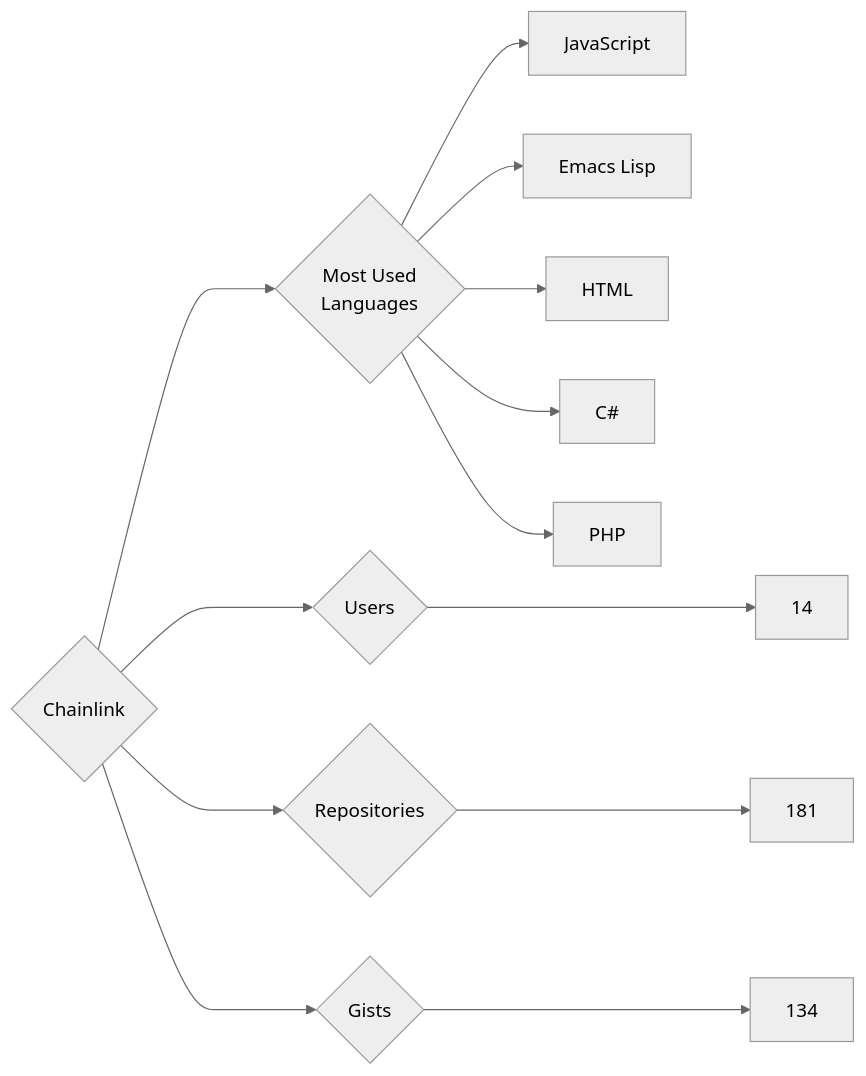
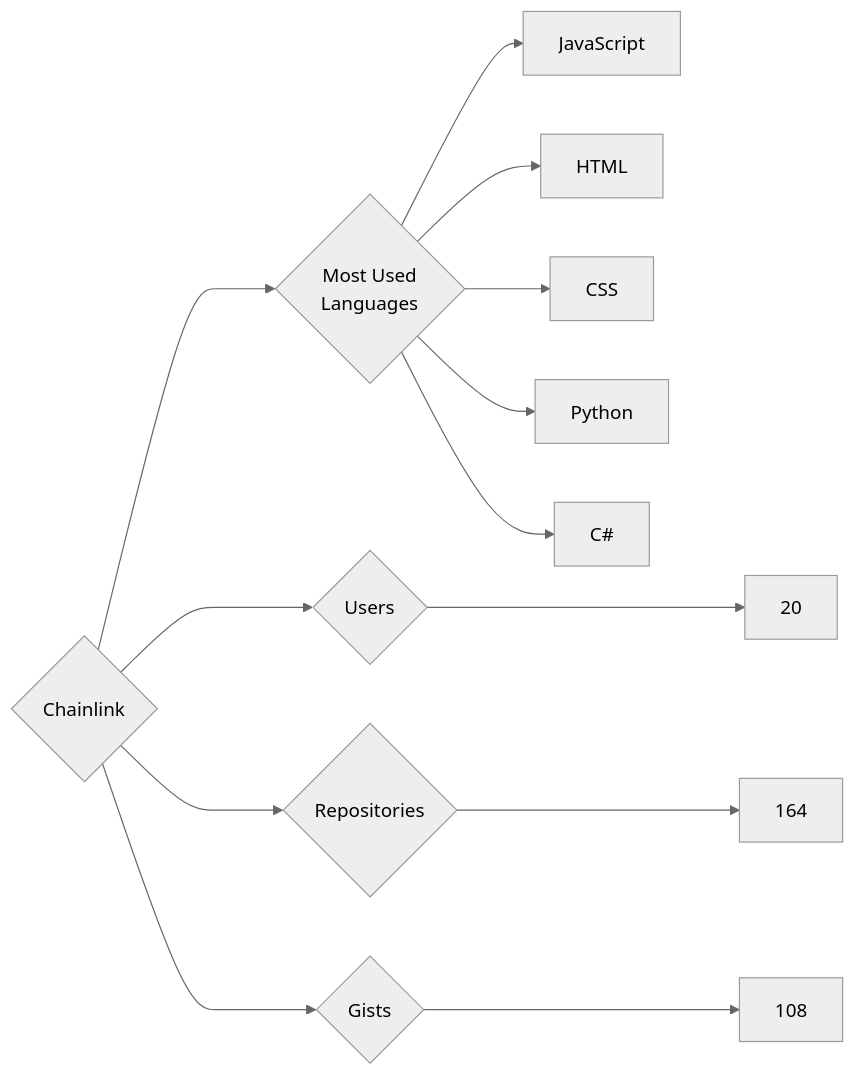
The diagram in targets/Chainlink/README.md (trickest/insiders), drawn with Mermaid (neutral theme) before and after one commit. The commit also changed 786 other files, not shown here.

````diff
--- a/targets/Chainlink/README.md
+++ b/targets/Chainlink/README.md
@@ -3,13 +3,13 @@
 ```mermaid
 graph LR
 COMPANY_NAME{Chainlink}
-COMPANY_NAME ---> U{Users} ---> UN[14]
-COMPANY_NAME ---> R{Repositories} ---> RN[181]
-COMPANY_NAME ---> G{Gists} ---> GN[134]
+COMPANY_NAME ---> U{Users} ---> UN[20]
+COMPANY_NAME ---> R{Repositories} ---> RN[164]
+COMPANY_NAME ---> G{Gists} ---> GN[108]
 COMPANY_NAME ---> ML{Most Used<br>Languages}
 ML --> JavaScript[JavaScript]
-ML --> Emacs_Lisp[Emacs Lisp]
 ML --> HTML[HTML]
+ML --> CSS[CSS]
+ML --> Python[Python]
 ML --> C#[C#]
-ML --> PHP[PHP]
 ```
````
